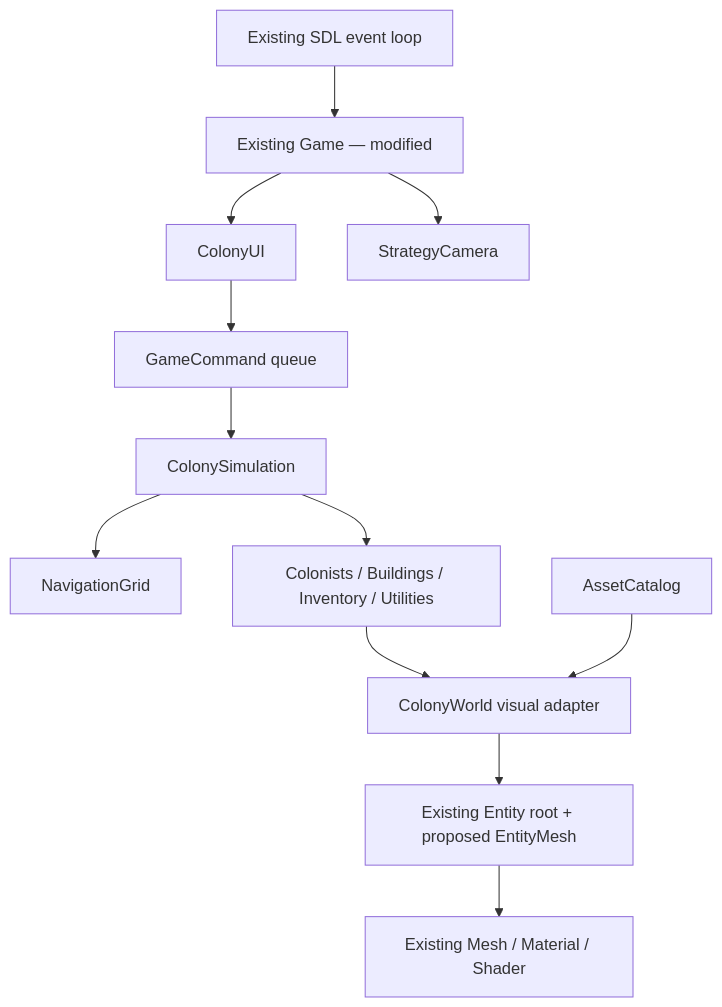
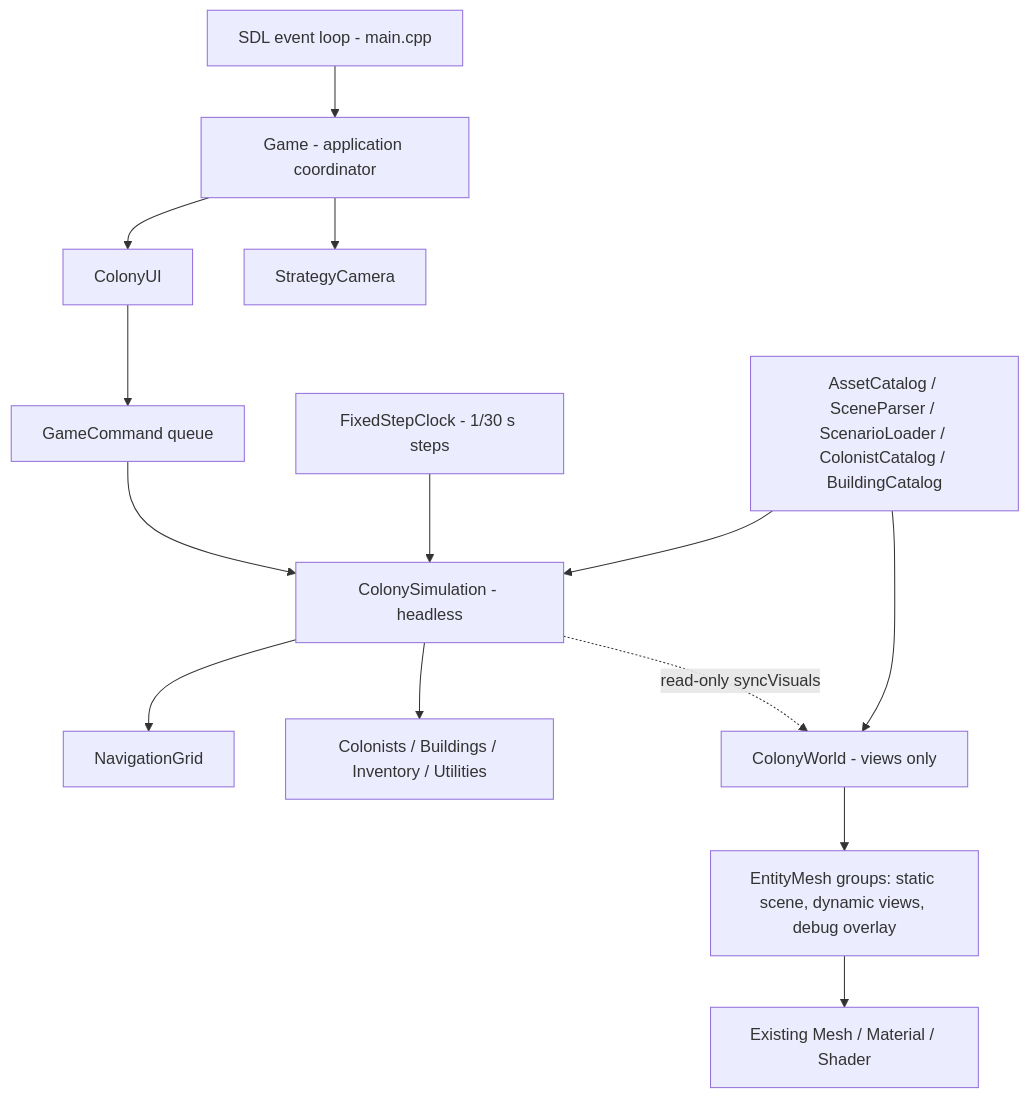
Before and after one commit to OriolCarrerasUPF/3D_Game: the diagram in documentation/ARKFALL_MVP_Implementation_Plan.md, drawn with Mermaid. The commit also changed other lines of this file, not shown here.

````diff
--- a/documentation/ARKFALL_MVP_Implementation_Plan.md
+++ b/documentation/ARKFALL_MVP_Implementation_Plan.md
@@ -420,14 +460,16 @@
 ```mermaid
 flowchart TD
-    SDL[Existing SDL event loop] --> Game[Existing Game — modified]
+    SDL[SDL event loop - main.cpp] --> Game[Game - application coordinator]
     Game --> UI[ColonyUI]
     Game --> Camera[StrategyCamera]
     UI --> Commands[GameCommand queue]
-    Commands --> Sim[ColonySimulation]
+    Commands --> Sim[ColonySimulation - headless]
+    Clock[FixedStepClock - 1/30 s steps] --> Sim
+    Loaders[AssetCatalog / SceneParser / ScenarioLoader / ColonistCatalog / BuildingCatalog] --> Sim
     Sim --> Nav[NavigationGrid]
     Sim --> State[Colonists / Buildings / Inventory / Utilities]
-    State --> World[ColonyWorld visual adapter]
-    Assets[AssetCatalog] --> World
-    World --> Root[Existing Entity root + proposed EntityMesh]
-    Root --> GL[Existing Mesh / Material / Shader]
+    Sim -. read-only syncVisuals .-> World[ColonyWorld - views only]
+    Loaders --> World
+    World --> Views[EntityMesh groups: static scene, dynamic views, debug overlay]
+    Views --> GL[Existing Mesh / Material / Shader]
 ```
````
